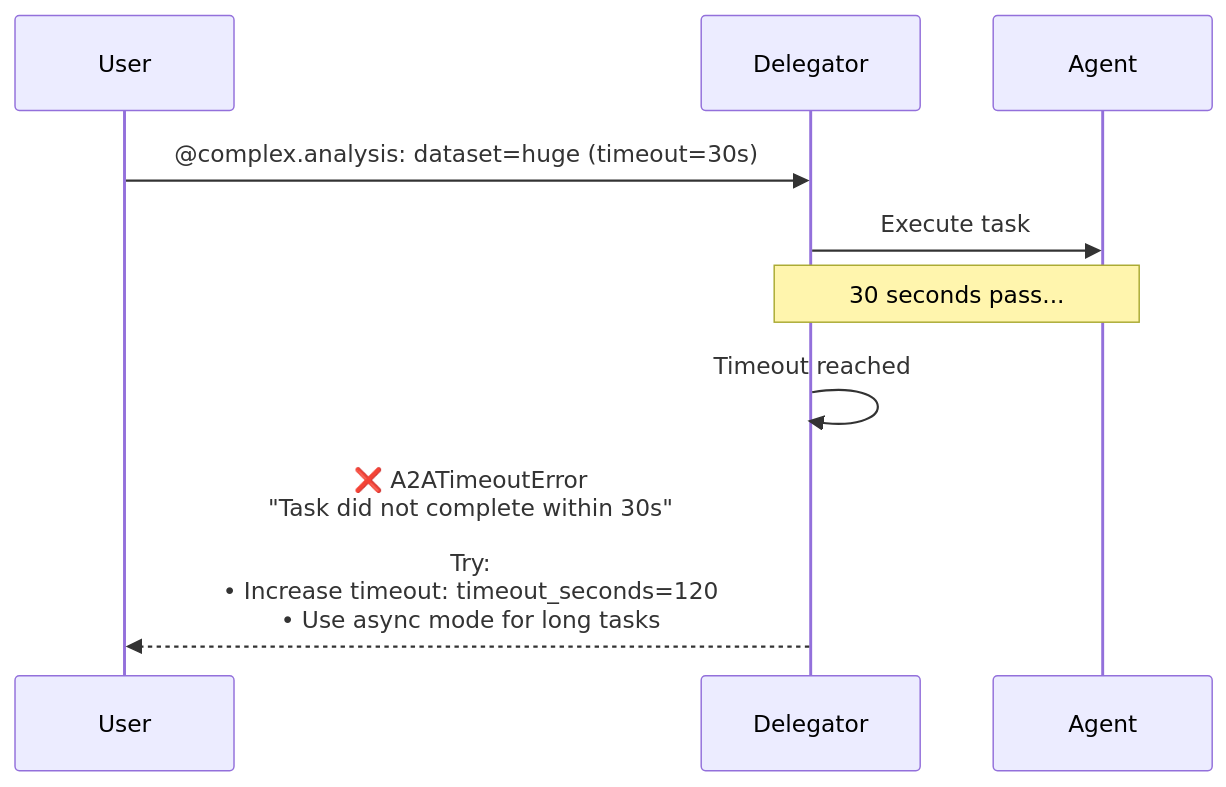
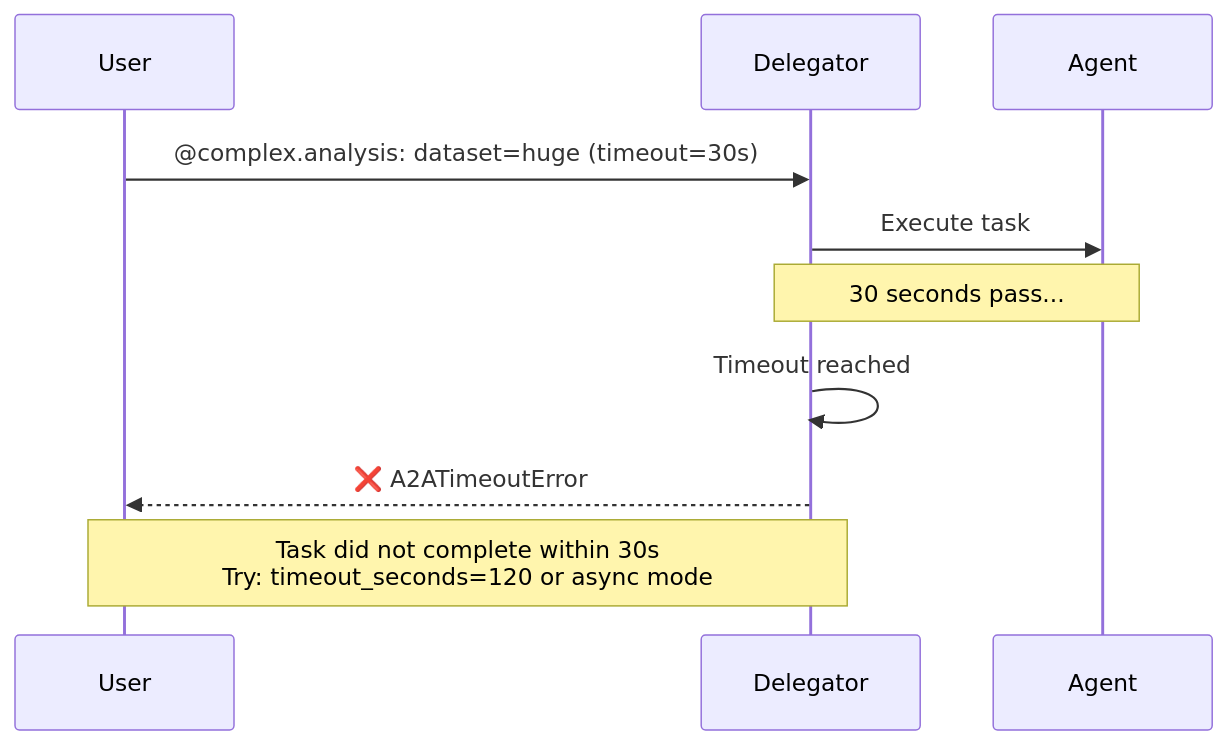
The tenth of 10 diagrams in docs/a2a-sequence-diagrams.md (Htunn/simple-ai-agent), drawn with Mermaid before and after one commit. The commit also changed other lines of this file, not shown here.

First line of the commit message:
Update Traffic Flow Summary with v2.0.0 features

````diff
--- a/docs/a2a-sequence-diagrams.md
+++ b/docs/a2a-sequence-diagrams.md
@@ -533,14 +534,15 @@
 ```mermaid
 sequenceDiagram
     participant User
     participant Delegator
     participant Agent
 
     User->>Delegator: @complex.analysis: dataset=huge (timeout=30s)
     Delegator->>Agent: Execute task
     
     Note over Delegator,Agent: 30 seconds pass...
     
     Delegator->>Delegator: Timeout reached
-    Delegator-->>User: ❌ A2ATimeoutError<br/>"Task did not complete within 30s"<br/><br/>Try:<br/>• Increase timeout: timeout_seconds=120<br/>• Use async mode for long tasks
+    Delegator-->>User: ❌ A2ATimeoutError
+    Note over User,Delegator: Task did not complete within 30s<br/>Try: timeout_seconds=120 or async mode
 ```
````
